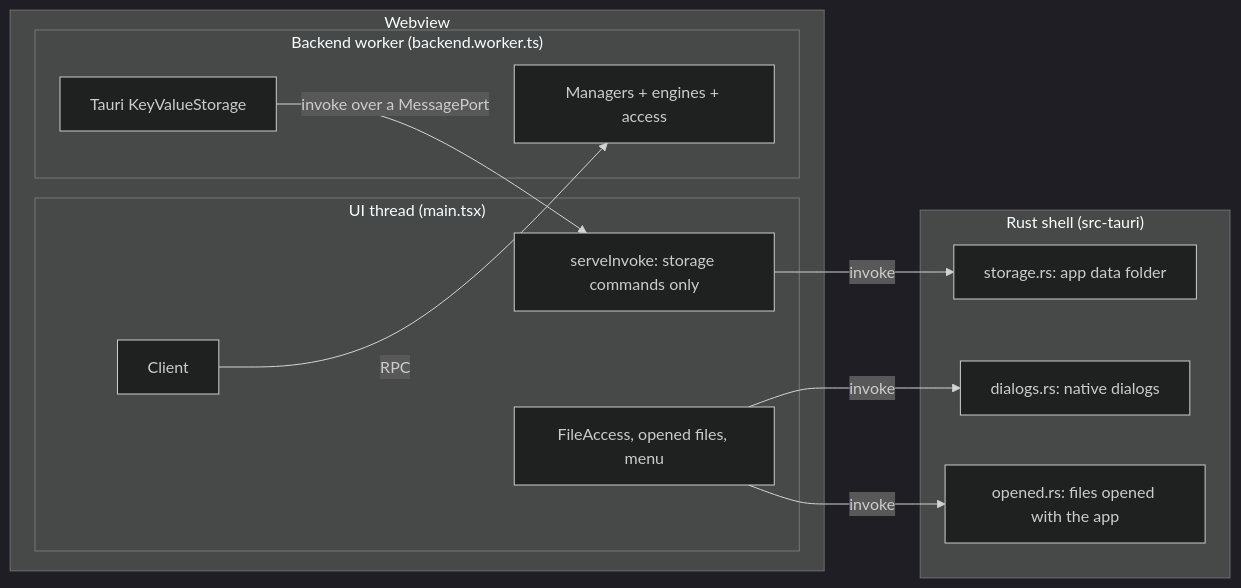
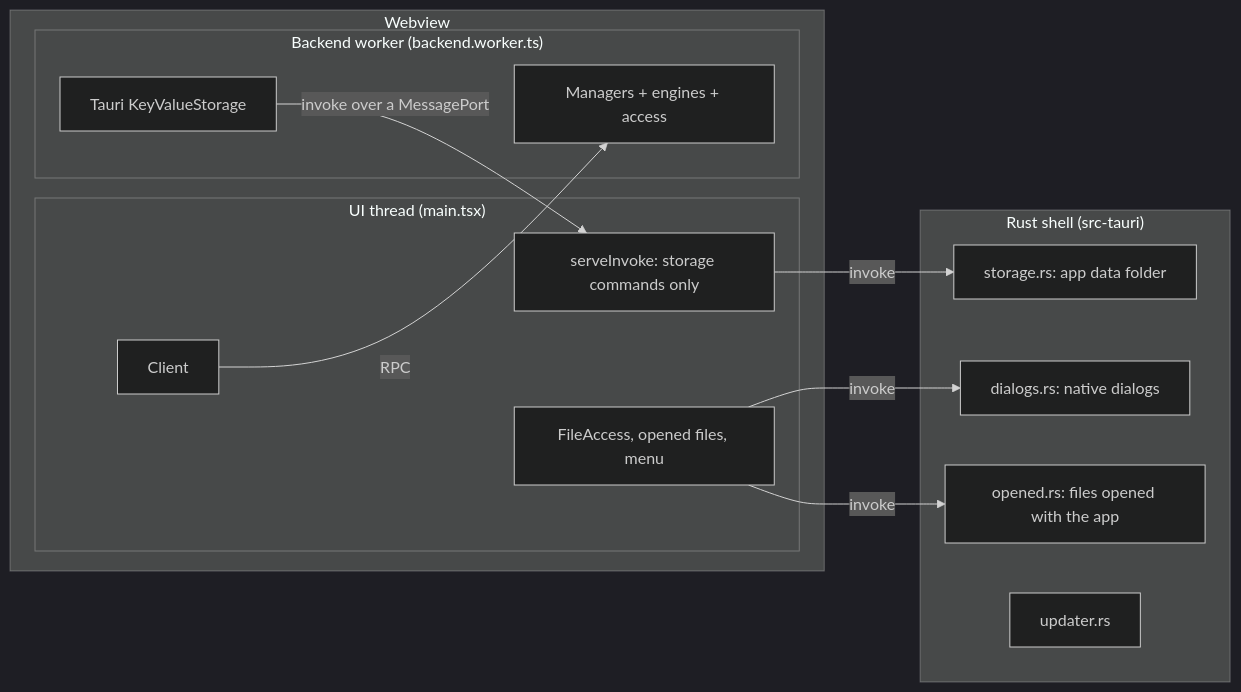
One commit to h3ll5ur7er/carbonara changed the diagram in docs/Architecture/Desktop.md. Above: the diagram before and after it, drawn with Mermaid (dark theme). The commit also changed other lines of this file and 8 other files, not shown here.

````diff
--- a/docs/Architecture/Desktop.md
+++ b/docs/Architecture/Desktop.md
@@ -30,24 +30,25 @@
 ```mermaid
 flowchart LR
   subgraph Webview
     subgraph UI["UI thread (main.tsx)"]
       client[Client]
       serve[serveInvoke: storage commands only]
       files[FileAccess, opened files, menu]
     end
     subgraph BW["Backend worker (backend.worker.ts)"]
       managers[Managers + engines + access]
       kv[Tauri KeyValueStorage]
     end
   end
   subgraph Rust["Rust shell (src-tauri)"]
     storage[storage.rs: app data folder]
     dialogs[dialogs.rs: native dialogs]
     opened[opened.rs: files opened with the app]
+    updater[updater.rs]
   end
   client -- RPC --> managers
   kv -- "invoke over a MessagePort" --> serve
   serve -- invoke --> storage
   files -- invoke --> dialogs
   files -- invoke --> opened
 ```
````
